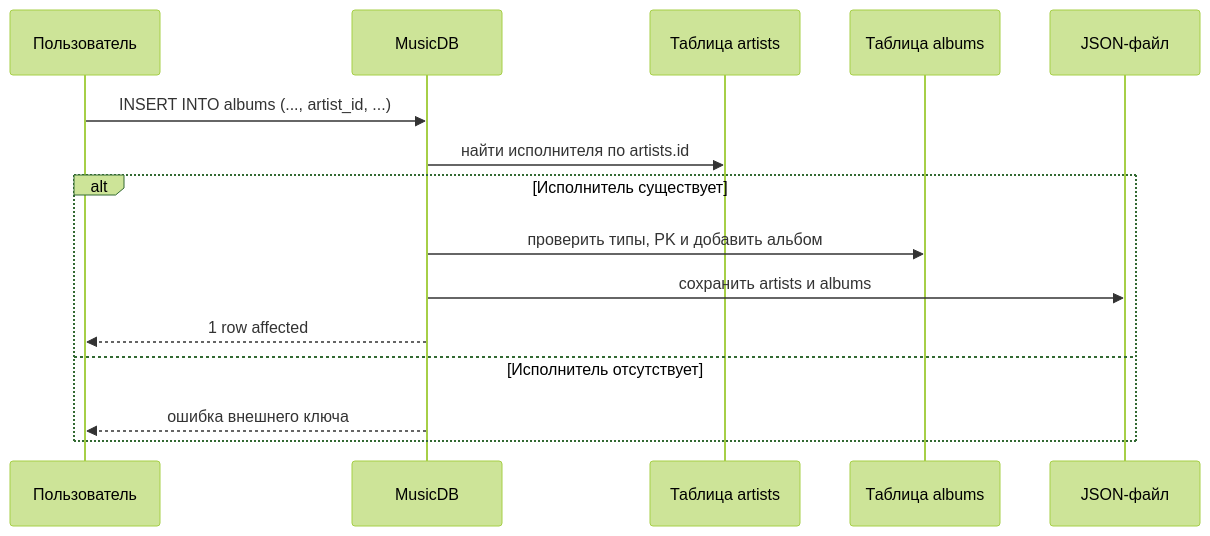
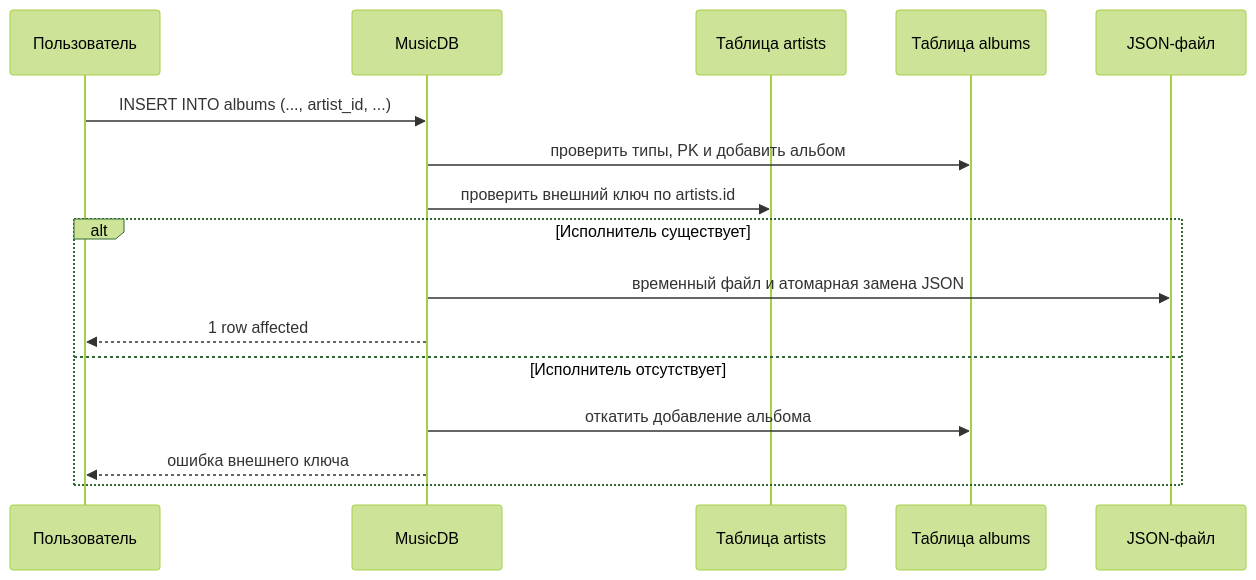
The third of 3 diagrams in README.md (R1sen13/HSE_Java_Labs), drawn with Mermaid (forest theme) before and after one commit. The commit also changed other lines of this file and 11 other files, not shown here.

````diff
--- a/README.md
+++ b/README.md
@@ -90,17 +111,18 @@
 ```mermaid
 sequenceDiagram
     participant U as Пользователь
     participant DB as MusicDB
     participant A as Таблица artists
     participant L as Таблица albums
     participant F as JSON-файл
     U->>DB: INSERT INTO albums (..., artist_id, ...)
-    DB->>A: найти исполнителя по artists.id
+    DB->>L: проверить типы, PK и добавить альбом
+    DB->>A: проверить внешний ключ по artists.id
     alt Исполнитель существует
-        DB->>L: проверить типы, PK и добавить альбом
-        DB->>F: сохранить artists и albums
+        DB->>F: временный файл и атомарная замена JSON
         DB-->>U: 1 row affected
     else Исполнитель отсутствует
+        DB->>L: откатить добавление альбома
         DB-->>U: ошибка внешнего ключа
     end
 ```
````
